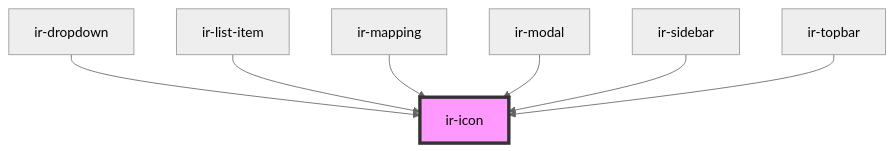
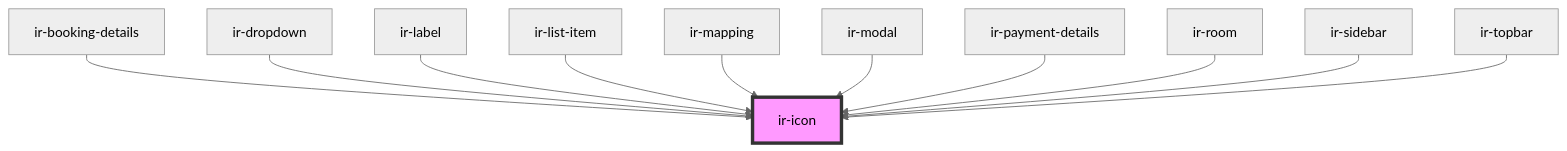
The diagram in src/components/ir-icon/readme.md (David1Chowaifaty/modified-ir-webcmp), drawn with Mermaid (neutral theme) before and after one commit. The commit also changed other lines of this file and 22 other files, not shown here.

Commit message:
Booking Details , 1st Run

````diff
--- a/src/components/ir-icon/readme.md
+++ b/src/components/ir-icon/readme.md
@@ -27,10 +38,14 @@
 ```mermaid
 graph TD;
+  ir-booking-details --> ir-icon
   ir-dropdown --> ir-icon
+  ir-label --> ir-icon
   ir-list-item --> ir-icon
   ir-mapping --> ir-icon
   ir-modal --> ir-icon
+  ir-payment-details --> ir-icon
+  ir-room --> ir-icon
   ir-sidebar --> ir-icon
   ir-topbar --> ir-icon
   style ir-icon fill:#f9f,stroke:#333,stroke-width:4px
 ```
````
